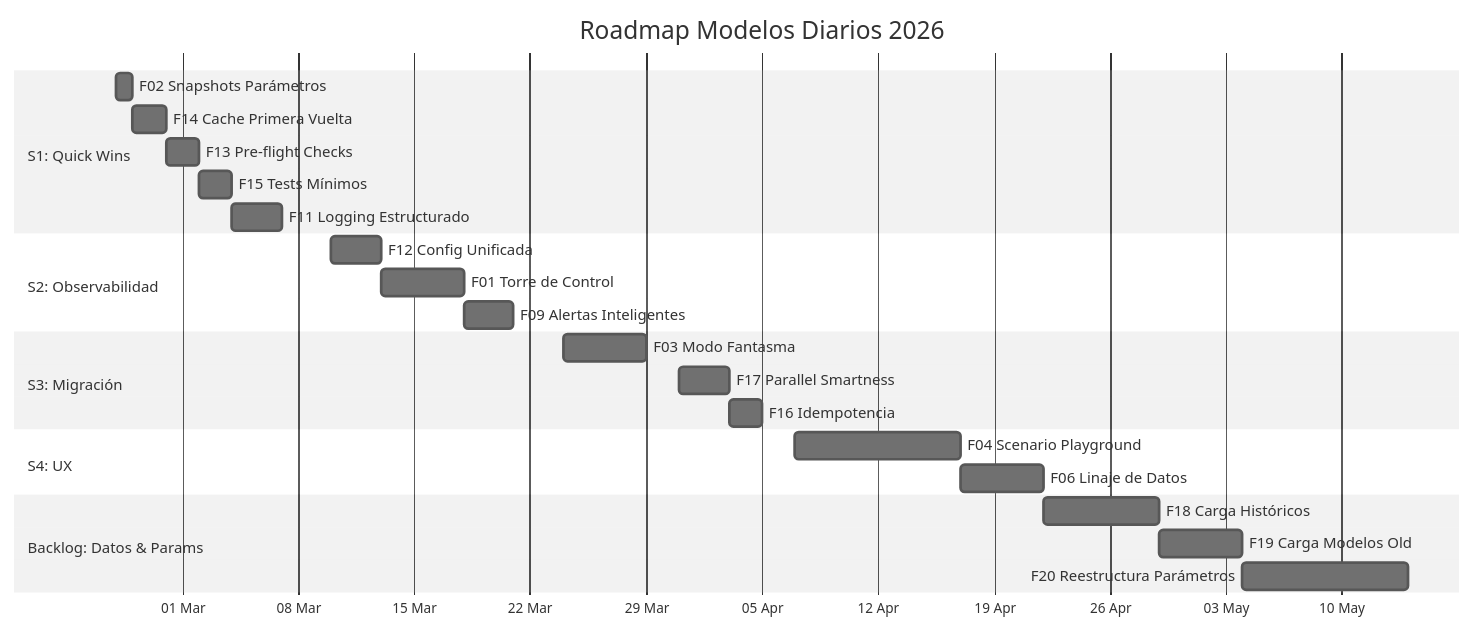
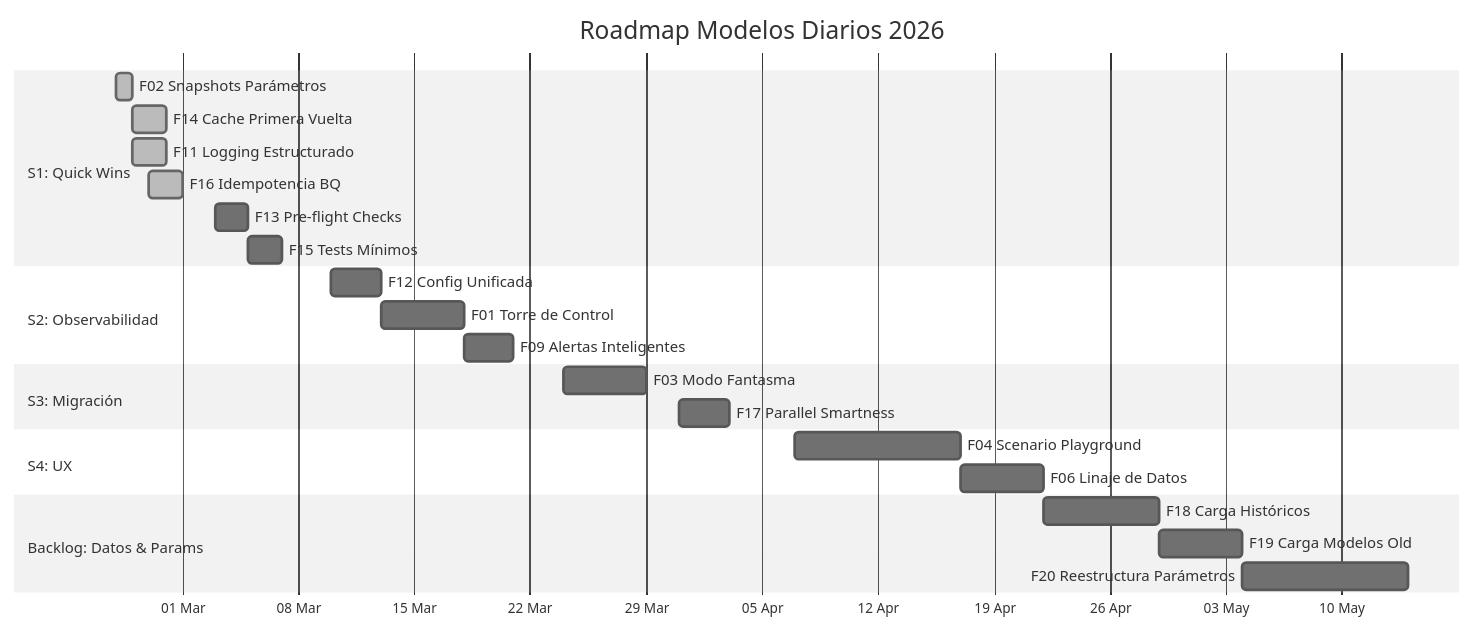
The first of 2 diagrams in docs/roadmap/index.md (vmlandae/bfa-cl-modelos-diarios-v1), drawn with Mermaid (neutral theme) before and after one commit. The commit also changed other lines of this file and 5 other files, not shown here.

````diff
--- a/docs/roadmap/index.md
+++ b/docs/roadmap/index.md
@@ -13,32 +13,32 @@
 ```mermaid
 gantt
     title Roadmap Modelos Diarios 2026
     dateFormat  YYYY-MM-DD
     axisFormat  %d %b
 
     section S1: Quick Wins
-    F02 Snapshots Parámetros     :f02, 2026-02-25, 1d
-    F14 Cache Primera Vuelta     :f14, 2026-02-26, 2d
-    F13 Pre-flight Checks        :f13, 2026-02-28, 2d
-    F15 Tests Mínimos            :f15, 2026-03-02, 2d
-    F11 Logging Estructurado     :f11, 2026-03-04, 3d
+    F02 Snapshots Parámetros     :done, f02, 2026-02-25, 1d
+    F14 Cache Primera Vuelta     :done, f14, 2026-02-26, 2d
+    F11 Logging Estructurado     :done, f11, 2026-02-26, 2d
+    F16 Idempotencia BQ          :done, f16, 2026-02-27, 2d
+    F13 Pre-flight Checks        :f13, 2026-03-03, 2d
+    F15 Tests Mínimos            :f15, 2026-03-05, 2d
 
     section S2: Observabilidad
     F12 Config Unificada         :f12, 2026-03-10, 3d
     F01 Torre de Control         :f01, 2026-03-13, 5d
     F09 Alertas Inteligentes     :f09, 2026-03-18, 3d
 
     section S3: Migración
     F03 Modo Fantasma            :f03, 2026-03-24, 5d
     F17 Parallel Smartness       :f17, 2026-03-31, 3d
-    F16 Idempotencia             :f16, 2026-04-03, 2d
 
     section S4: UX
     F04 Scenario Playground      :f04, 2026-04-07, 10d
     F06 Linaje de Datos          :f06, 2026-04-17, 5d
 
     section Backlog: Datos & Params
     F18 Carga Históricos         :f18, after f06, 7d
     F19 Carga Modelos Old        :f19, after f18, 5d
     F20 Reestructura Parámetros  :f20, after f19, 10d
 ```
````
